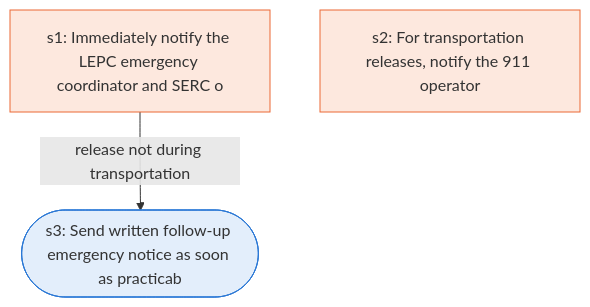
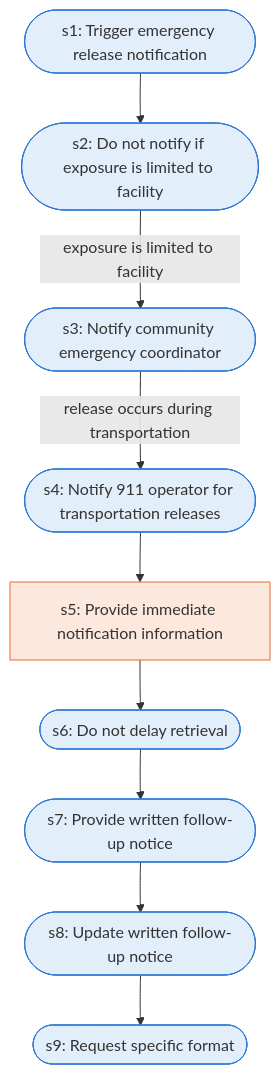
One commit to Jitesh-Mishra/sop-to-agent-workflows changed the diagram in docs/runbooks/epcra_release_notification.md. Above: the diagram before and after it, drawn with Mermaid. The commit also changed other lines of this file and 172 other files, not shown here.

````diff
--- a/docs/runbooks/epcra_release_notification.md
+++ b/docs/runbooks/epcra_release_notification.md
@@ -7,11 +7,24 @@
 ```mermaid
 flowchart TD
-  s1["s1: Immediately notify the LEPC emergency coordinator and SERC o"]
-  s2["s2: For transportation releases, notify the 911 operator"]
-  s3(["s3: Send written follow-up emergency notice as soon as practicab"])
-  s1 -->|release not during transportation| s3
+  s1(["s1: Trigger emergency release notification"])
+  s2(["s2: Do not notify if exposure is limited to facility"])
+  s3(["s3: Notify community emergency coordinator"])
+  s4(["s4: Notify 911 operator for transportation releases"])
+  s5["s5: Provide immediate notification information"]
+  s6(["s6: Do not delay retrieval"])
+  s7(["s7: Provide written follow-up notice"])
+  s8(["s8: Update written follow-up notice"])
+  s9(["s9: Request specific format"])
+  s1 --> s2
+  s2 -->|exposure is limited to facility| s3
+  s3 -->|release occurs during transportation| s4
+  s4 --> s5
+  s5 --> s6
+  s6 --> s7
+  s7 --> s8
+  s8 --> s9
   classDef agent fill:#e3eefb,stroke:#2a78d6
   classDef human fill:#fde8de,stroke:#eb6834
-  class s3 agent
-  class s1,s2 human
+  class s1,s2,s3,s4,s6,s7,s8,s9 agent
+  class s5 human
 ```
````
